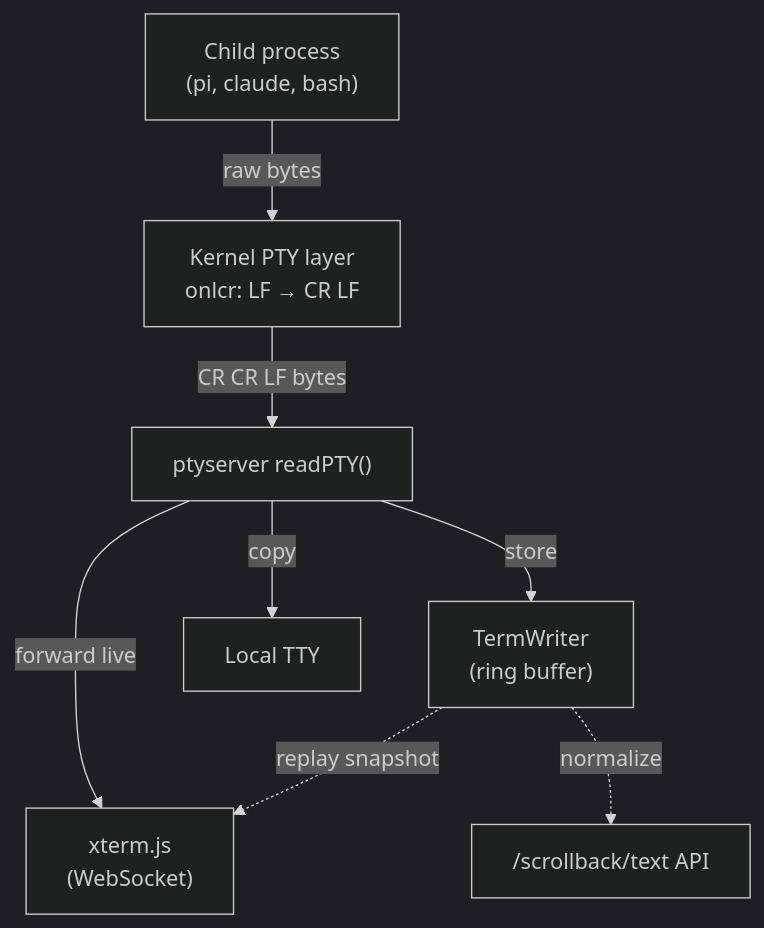
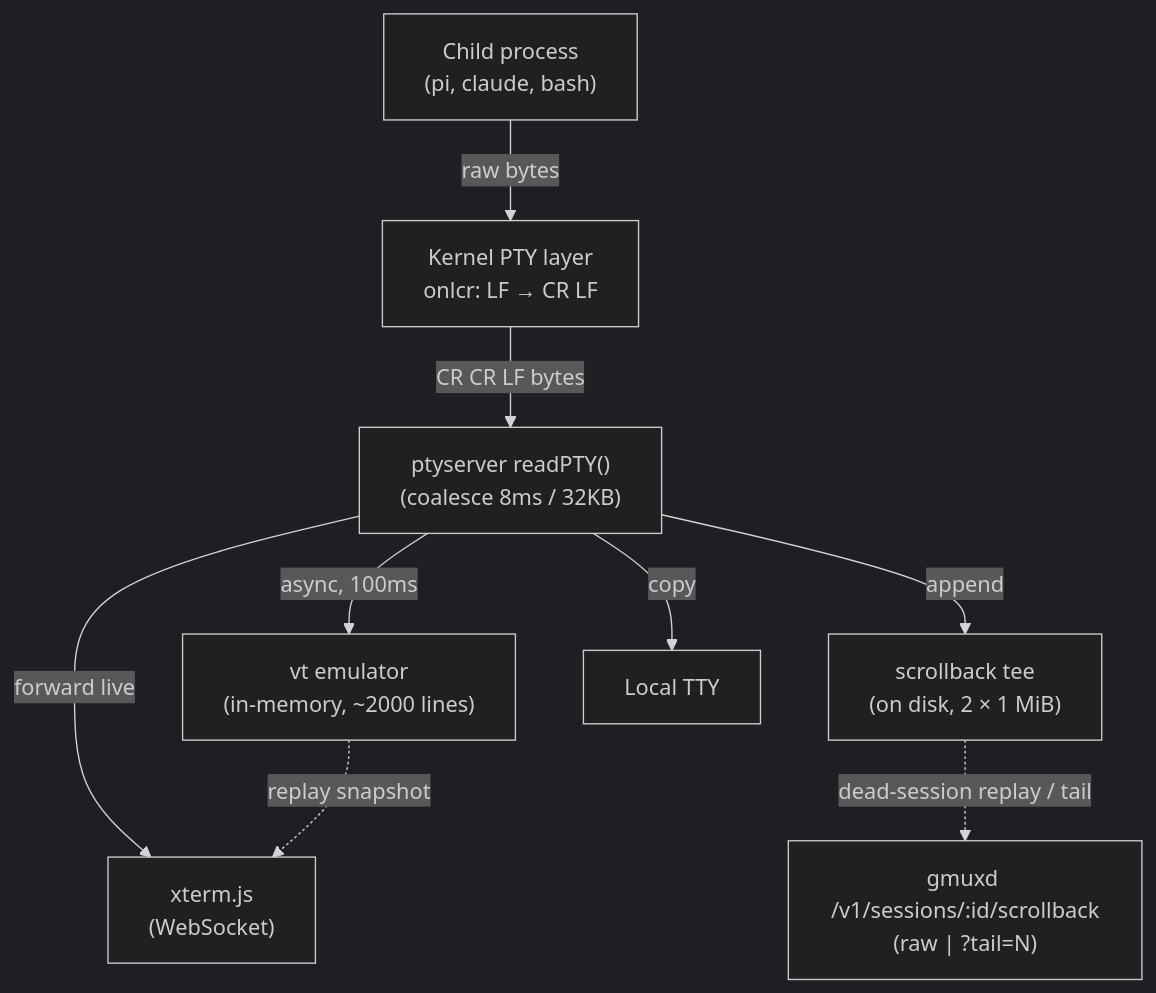
One commit to gmuxapp/gmux changed the diagram in apps/website/src/content/docs/develop/terminal-data-pipeline.mdx. Above: the diagram before and after it, drawn with Mermaid. The commit also changed other lines of this file and 42 other files, not shown here.

````diff
--- a/apps/website/src/content/docs/develop/terminal-data-pipeline.mdx
+++ b/apps/website/src/content/docs/develop/terminal-data-pipeline.mdx
@@ -10,19 +10,21 @@
 ```mermaid
 %%{init: {'theme': 'dark'}}%%
 flowchart TD
     Child["Child process\n(pi, claude, bash)"]
     PTY["Kernel PTY layer<br/>onlcr: LF → CR LF"]
-    ReadPTY["ptyserver readPTY()"]
-    TW["TermWriter\n(ring buffer)"]
+    ReadPTY["ptyserver readPTY()\n(coalesce 8ms / 32KB)"]
+    Emu["vt emulator\n(in-memory, ~2000 lines)"]
+    Tee["scrollback tee\n(on disk, 2 × 1 MiB)"]
     XTerm["xterm.js\n(WebSocket)"]
     LocalTTY["Local TTY"]
-    API["/scrollback/text API"]
+    Broker["gmuxd /v1/sessions/:id/scrollback\n(raw | ?tail=N)"]
 
     Child -->|"raw bytes"| PTY
     PTY -->|"CR CR LF bytes"| ReadPTY
-    ReadPTY -->|"store"| TW
+    ReadPTY -->|"async, 100ms"| Emu
+    ReadPTY -->|"append"| Tee
     ReadPTY -->|"forward live"| XTerm
     ReadPTY -->|"copy"| LocalTTY
-    TW -.->|"replay snapshot"| XTerm
-    TW -.->|"normalize"| API
+    Emu -.->|"replay snapshot"| XTerm
+    Tee -.->|"dead-session replay / tail"| Broker
 ```
````
